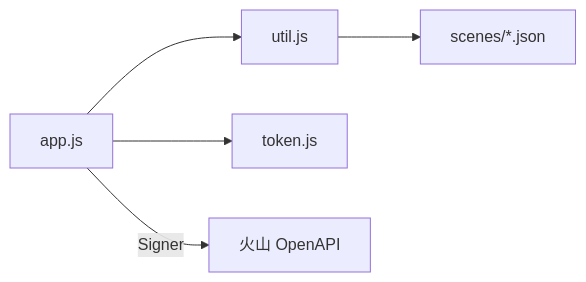
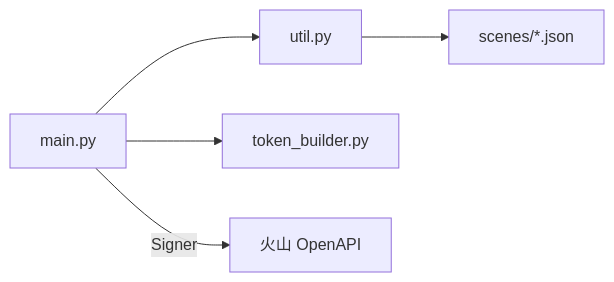
One commit to lixiaoqiang1/ark_aigc_demo-main changed the second of 3 diagrams in doc/03-项目架构与原理.md. Above: the diagram before and after it, drawn with Mermaid. The commit also changed other lines of this file and 14 other files, not shown here.

````diff
--- a/doc/03-项目架构与原理.md
+++ b/doc/03-项目架构与原理.md
@@ -55,7 +55,7 @@
 ```mermaid
 flowchart LR
-    app_js[app.js] --> util_js[util.js]
-    app_js --> token_js[token.js]
-    util_js --> scenes[scenes/*.json]
-    app_js -->|Signer| volc_api[火山 OpenAPI]
+    main_py[main.py] --> util_py[util.py]
+    main_py --> token_py[token_builder.py]
+    util_py --> scenes[scenes/*.json]
+    main_py -->|Signer| volc_api[火山 OpenAPI]
 ```
````
